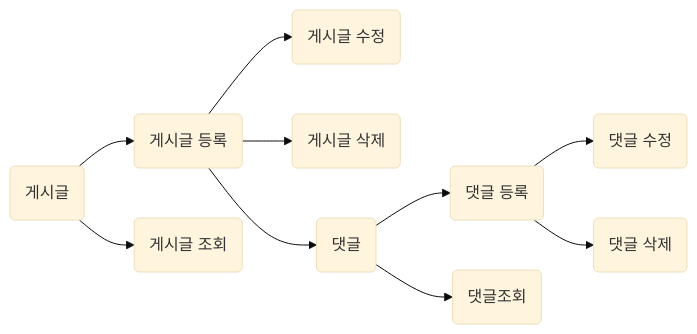
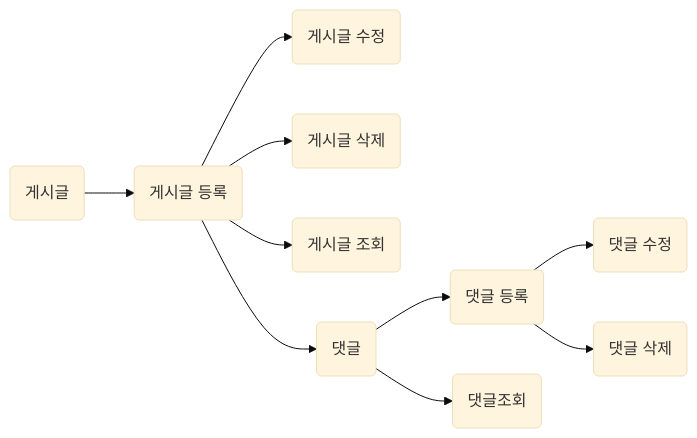
One commit to Gwang-hoon-hub/board1 changed the diagram in README.md. Above: the diagram before and after it, drawn with Mermaid (base theme). The commit also changed other lines of this file, not shown here.

````diff
--- a/README.md
+++ b/README.md
@@ -19,12 +70,12 @@
 ```mermaid
 graph LR
 A(게시글) --> B(게시글 등록)
 B --> C(게시글 수정)
 B --> D(게시글 삭제)
-A --> E(게시글 조회)
+B --> E(게시글 조회)
 B --> F(댓글)
 F --> G(댓글 등록)
 F --> H(댓글조회)
 G --> I(댓글 수정)
 G --> J(댓글 삭제)
 ```
````
